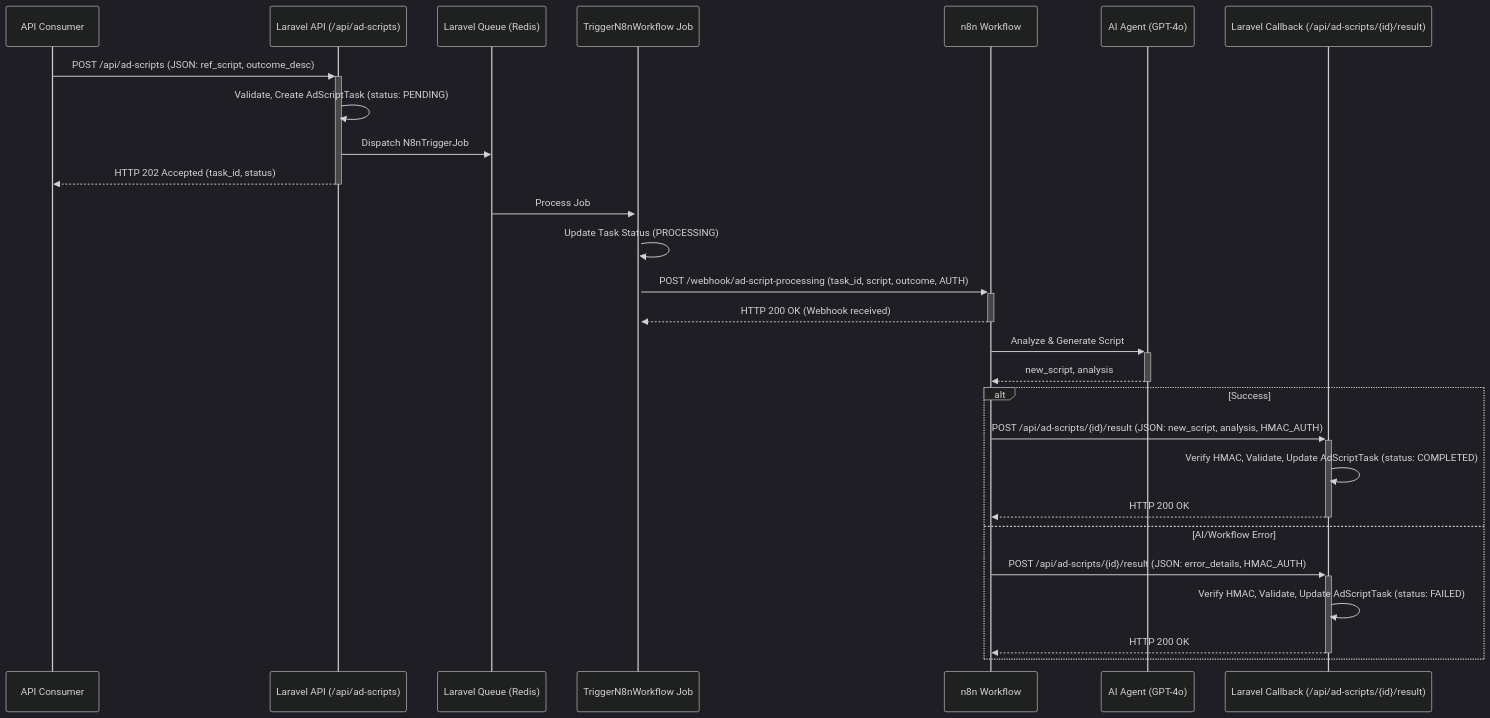
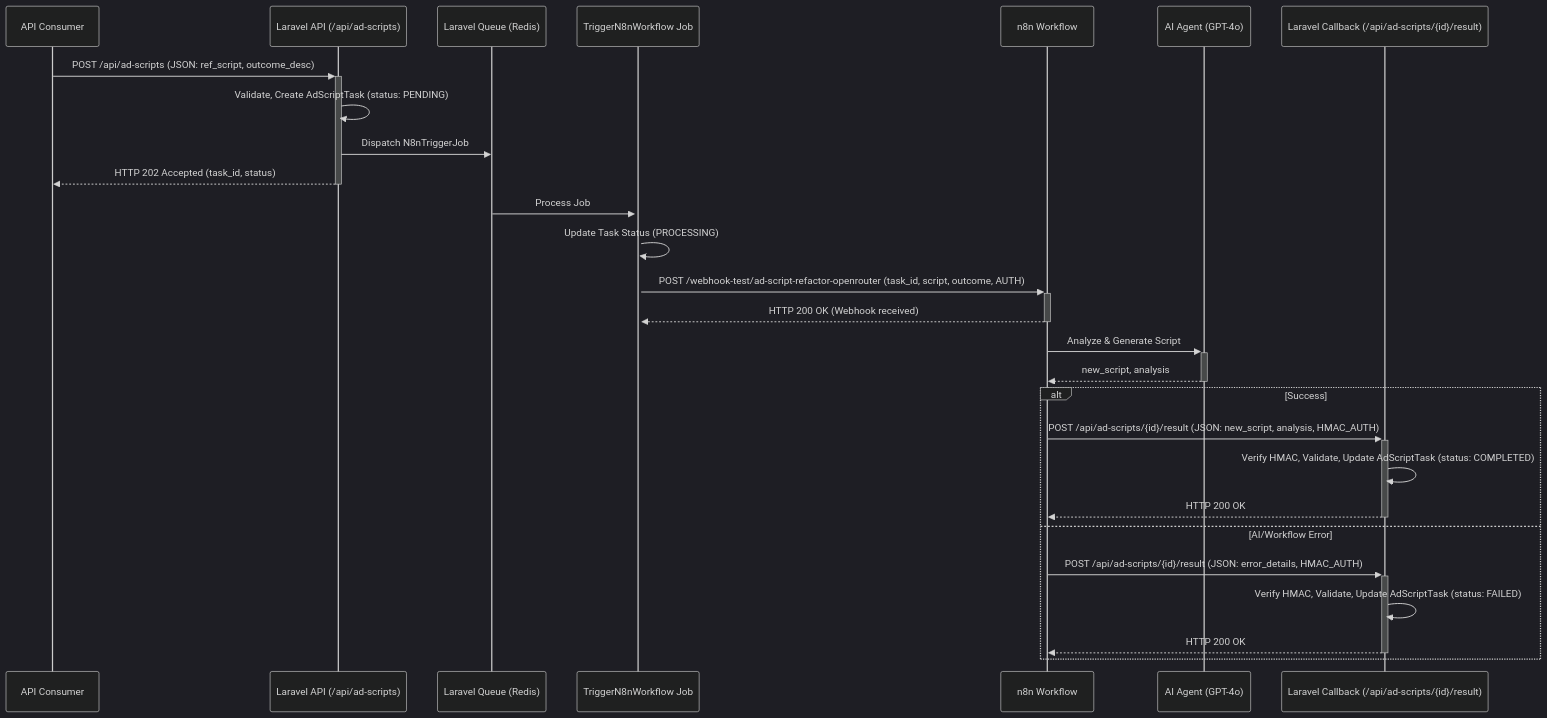
One commit to bdteo/laravel-n8n-ad-refactor changed the diagram in README.md. Above: the diagram before and after it, drawn with Mermaid (dark theme). The commit also changed 64 other files, not shown here.

````diff
--- a/README.md
+++ b/README.md
@@ -9,33 +9,33 @@
 ```mermaid
 sequenceDiagram
     participant Client as API Consumer
     participant LaravelAPI as Laravel API (/api/ad-scripts)
     participant LaravelQueue as Laravel Queue (Redis)
     participant N8nTriggerJob as TriggerN8nWorkflow Job
     participant N8nWorkflow as n8n Workflow
     participant OpenAI as AI Agent (GPT-4o)
     participant LaravelCallback as Laravel Callback (/api/ad-scripts/{id}/result)
 
     Client->>+LaravelAPI: POST /api/ad-scripts (JSON: ref_script, outcome_desc)
     LaravelAPI->>LaravelAPI: Validate, Create AdScriptTask (status: PENDING)
     LaravelAPI->>LaravelQueue: Dispatch N8nTriggerJob
     LaravelAPI-->>-Client: HTTP 202 Accepted (task_id, status)
 
     LaravelQueue->>+N8nTriggerJob: Process Job
     N8nTriggerJob->>N8nTriggerJob: Update Task Status (PROCESSING)
-    N8nTriggerJob->>+N8nWorkflow: POST /webhook/ad-script-processing (task_id, script, outcome, AUTH)
+    N8nTriggerJob->>+N8nWorkflow: POST /webhook-test/ad-script-refactor-openrouter (task_id, script, outcome, AUTH)
     N8nWorkflow-->>-N8nTriggerJob: HTTP 200 OK (Webhook received)
 
     N8nWorkflow->>+OpenAI: Analyze & Generate Script
     OpenAI-->>-N8nWorkflow: new_script, analysis
 
     alt Success
         N8nWorkflow->>+LaravelCallback: POST /api/ad-scripts/{id}/result (JSON: new_script, analysis, HMAC_AUTH)
         LaravelCallback->>LaravelCallback: Verify HMAC, Validate, Update AdScriptTask (status: COMPLETED)
         LaravelCallback-->>-N8nWorkflow: HTTP 200 OK
     else AI/Workflow Error
         N8nWorkflow->>+LaravelCallback: POST /api/ad-scripts/{id}/result (JSON: error_details, HMAC_AUTH)
         LaravelCallback->>LaravelCallback: Verify HMAC, Validate, Update AdScriptTask (status: FAILED)
         LaravelCallback-->>-N8nWorkflow: HTTP 200 OK
     end
 ```
````
